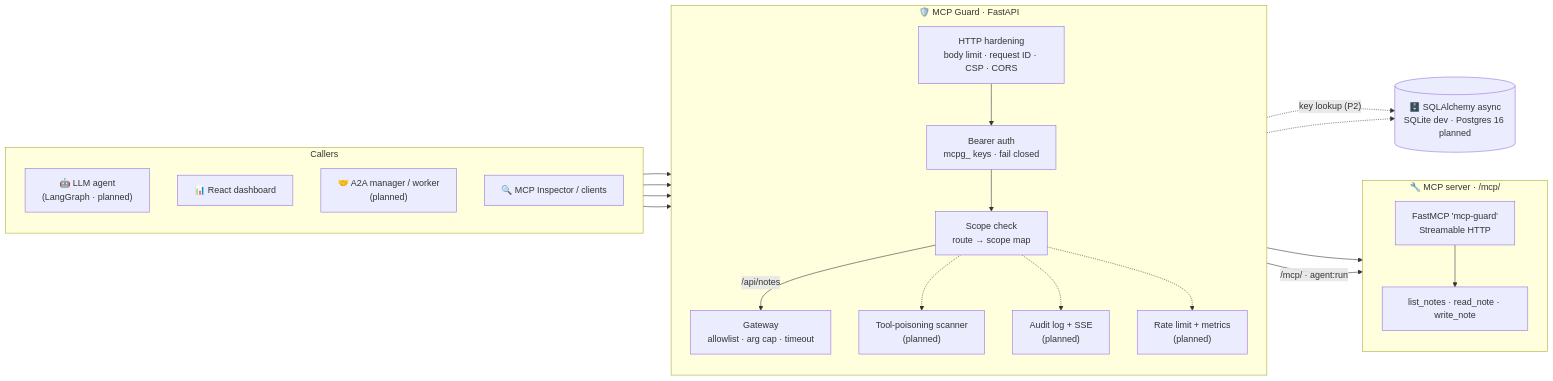
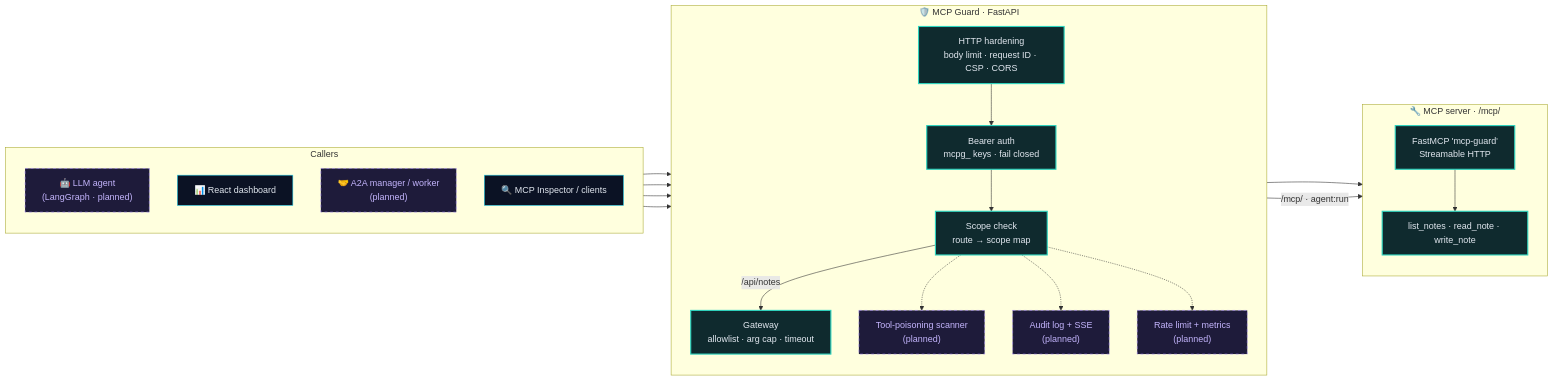
Before and after one commit to aneek22112007-tech/mcp-a2a-secure: the third of 4 diagrams in README.md, drawn with Mermaid. The commit also changed other lines of this file, not shown here.

Commit message:
tmp: mermaid probe 4

````diff
--- a/README.md
+++ b/README.md
@@ -112,45 +87,49 @@
 ```mermaid
 flowchart LR
     subgraph CALLERS["Callers"]
         direction TB
         AG["🤖 LLM agent<br/>(LangGraph · planned)"]
         UI["📊 React dashboard"]
         A2A["🤝 A2A manager / worker<br/>(planned)"]
         INS["🔍 MCP Inspector / clients"]
     end
 
     subgraph GUARD["🛡️ MCP Guard · FastAPI"]
         direction TB
         MW["HTTP hardening<br/>body limit · request ID · CSP · CORS"]
         AUTH["Bearer auth<br/>mcpg_ keys · fail closed"]
         SC["Scope check<br/>route → scope map"]
         GW["Gateway<br/>allowlist · arg cap · timeout"]
         SCAN["Tool-poisoning scanner<br/>(planned)"]
         AUD["Audit log + SSE<br/>(planned)"]
         RL["Rate limit + metrics<br/>(planned)"]
     end
 
     subgraph TOOLS["🔧 MCP server · /mcp/"]
         direction TB
         MCP["FastMCP 'mcp-guard'<br/>Streamable HTTP"]
         T1["list_notes · read_note · write_note"]
     end
 
-    DB[("🗄️ SQLAlchemy async<br/>SQLite dev · Postgres 16 planned")]
 
     AG --> MW
     UI --> MW
     A2A --> MW
     INS --> MW
     MW --> AUTH --> SC
     SC -->|"/api/notes"| GW --> MCP
     SC -->|"/mcp/ · agent:run"| MCP
     MCP --> T1
     SC -.-> SCAN
     SC -.-> AUD
     SC -.-> RL
-    AUTH -.->|"key lookup (P2)"| DB
-    AUD -.-> DB
 
+    classDef built fill:#0f2a2e,stroke:#2dd4bf,color:#e2e8f0,stroke-width:2px
+    classDef planned fill:#1e1b3a,stroke:#a78bfa,color:#c4b5fd,stroke-dasharray:5 5
+    classDef caller fill:#0b1224,stroke:#22d3ee,color:#e2e8f0
+    classDef store fill:#111827,stroke:#f59e0b,color:#fde68a
+    class MW,AUTH,SC,GW,MCP,T1 built
+    class SCAN,AUD,RL,AG,A2A planned
+    class UI,INS caller
 
 ```
````
